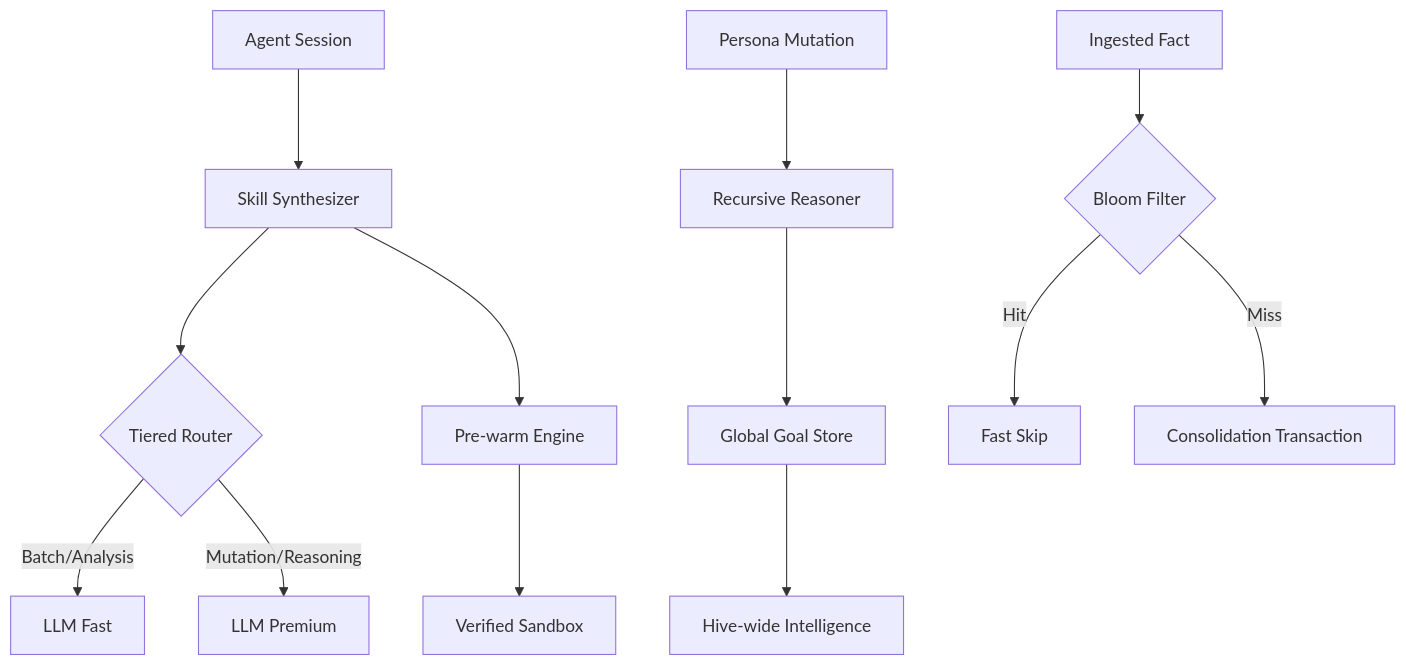
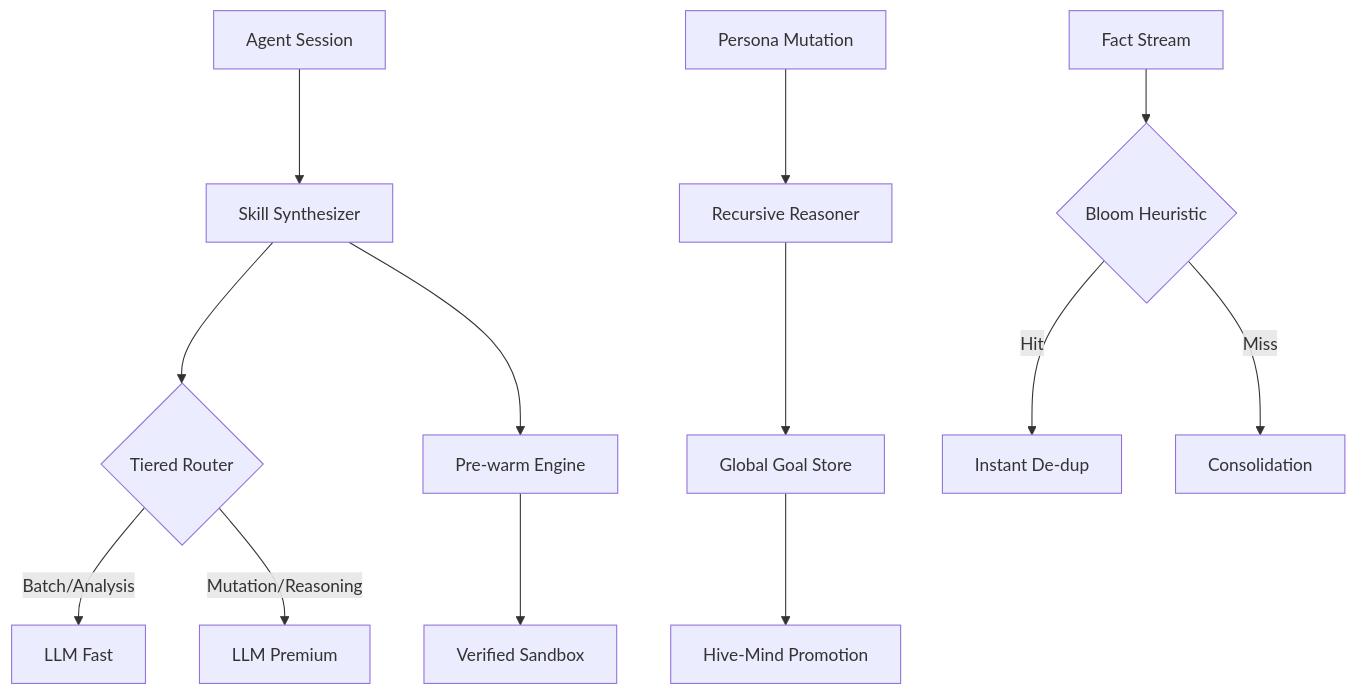
Before and after one commit to CardSorting/NOORMEAI: the diagram in docs/ultra-scale-orchestration.md, drawn with Mermaid. The commit also changed other lines of this file and 47 other files, not shown here.

````diff
--- a/docs/ultra-scale-orchestration.md
+++ b/docs/ultra-scale-orchestration.md
@@ -25,18 +73,18 @@
 ```mermaid
 graph TD
     A[Agent Session] --> B[Skill Synthesizer]
     B --> C{Tiered Router}
     C -->|Batch/Analysis| D[LLM Fast]
     C -->|Mutation/Reasoning| E[LLM Premium]
     
     B --> F[Pre-warm Engine]
     F --> G[Verified Sandbox]
     
     H[Persona Mutation] --> I[Recursive Reasoner]
     I --> J[Global Goal Store]
-    J --> K[Hive-wide Intelligence]
+    J --> K[Hive-Mind Promotion]
     
-    L[Ingested Fact] --> M{Bloom Filter}
-    M -->|Hit| N[Fast Skip]
-    M -->|Miss| O[Consolidation Transaction]
+    L[Fact Stream] --> M{Bloom Heuristic}
+    M -->|Hit| N[Instant De-dup]
+    M -->|Miss| O[Consolidation]
 ```
````
